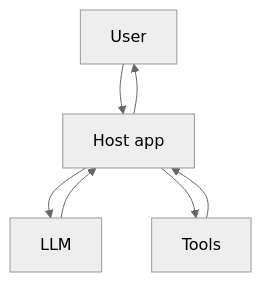
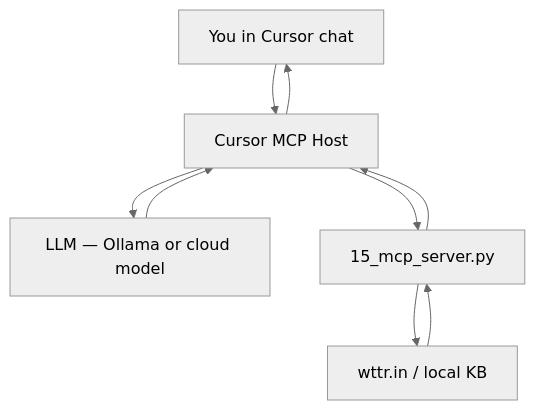
One commit to lyfofvipin/temp changed the first of 3 diagrams in AI/15_mcp.md. Above: the diagram before and after it, drawn with Mermaid (neutral theme). The commit also changed other lines of this file and 20 other files, not shown here.

````diff
--- a/AI/15_mcp.md
+++ b/AI/15_mcp.md
@@ -19,9 +15,11 @@
 ```mermaid
 flowchart TB
-    U[User] --> H[Host app]
-    H --> L[LLM]
+    U[You in Cursor chat] --> H[Cursor MCP Host]
+    H --> L[LLM — Ollama or cloud model]
     L --> H
-    H --> T[Tools]
-    T --> H
+    H --> S[15_mcp_server.py]
+    S --> W[wttr.in / local KB]
+    W --> S
+    S --> H
     H --> U
 ```
````
